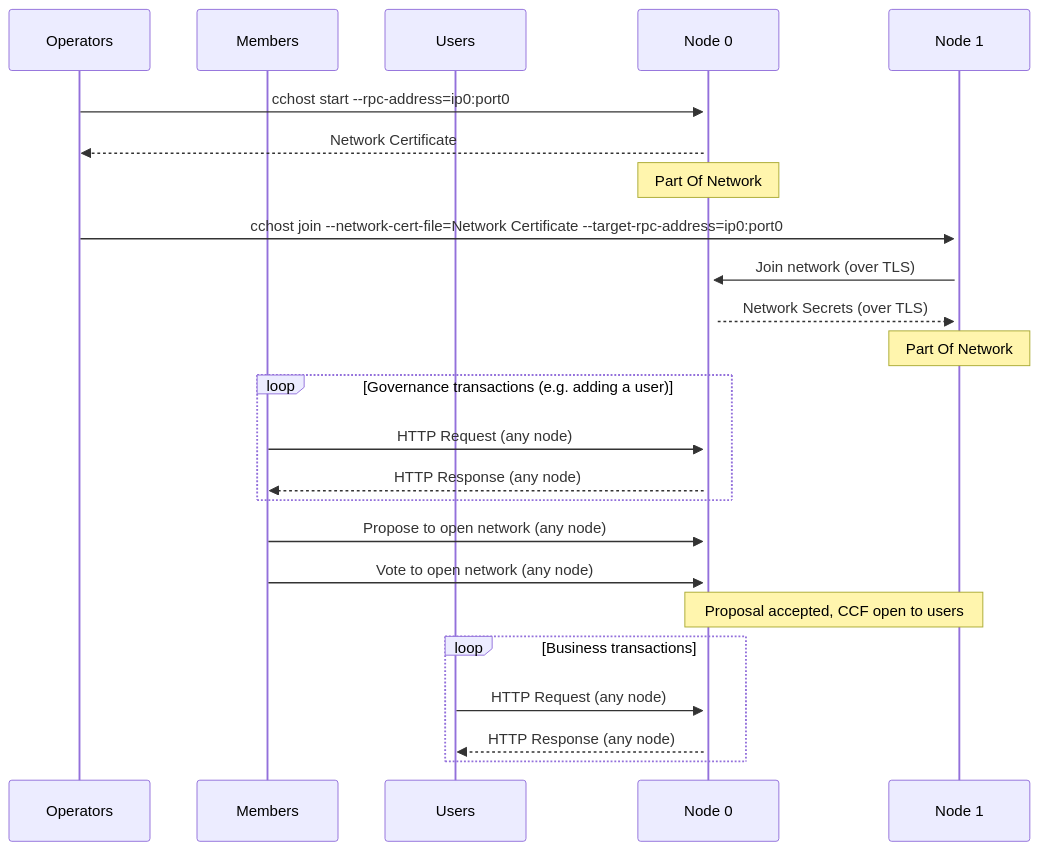
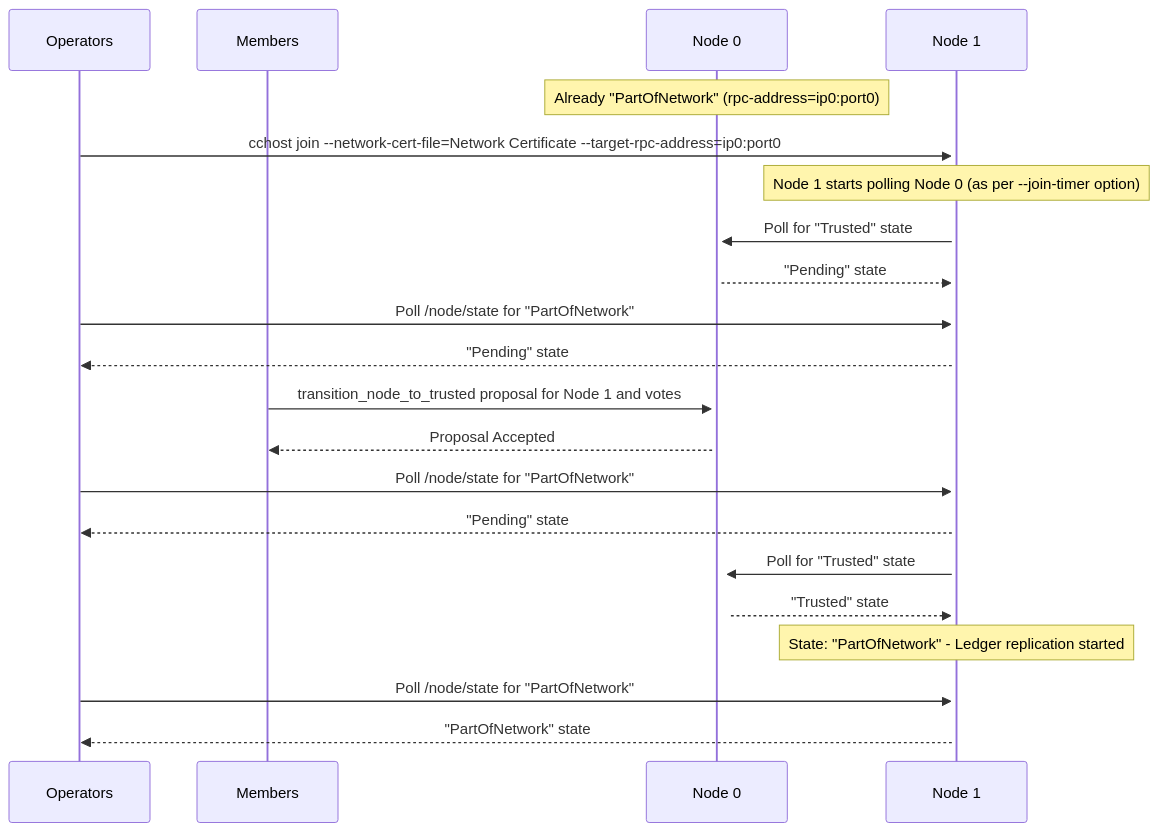
The diagram in doc/operations/start_network.rst (microsoft/CCF), drawn with Mermaid before and after one commit. The commit also changed other lines of this file and 2 other files, not shown here.

Commit message:
Better operator docs

```diff
--- a/doc/operations/start_network.rst
+++ b/doc/operations/start_network.rst
@@ -155,34 +86,32 @@
 .. mermaid::
 
     sequenceDiagram
         participant Operators
         participant Members
-        participant Users
         participant Node 0
         participant Node 1
 
-        Operators->>+Node 0: cchost start --rpc-address=ip0:port0
-        Node 0-->>Operators: Network Certificate
-        Note over Node 0: Part Of Network
+        Note over Node 0: Already "PartOfNetwork" (rpc-address=ip0:port0)
 
         Operators->>+Node 1: cchost join --network-cert-file=Network Certificate --target-rpc-address=ip0:port0
 
-        Node 1->>+Node 0: Join network (over TLS)
-        Node 0-->>Node 1: Network Secrets (over TLS)
+        Note over Node 1: Node 1 starts polling Node 0 (as per --join-timer option)
+        Node 1->>+Node 0: Poll for "Trusted" state
+        Node 0-->>Node 1: "Pending" state
 
-        Note over Node 1: Part Of Network
+        Operators->>+Node 1: Poll /node/state for "PartOfNetwork"
+        Node 1-->>Operators: "Pending" state
 
-        loop Governance transactions (e.g. adding a user)
-            Members->>+Node 0: HTTP Request (any node)
-            Node 0-->>Members: HTTP Response (any node)
-        end
+        Members->>+Node 0: transition_node_to_trusted proposal for Node 1 and votes
+        Node 0-->>Members: Proposal Accepted
 
-        Members->>+Node 0: Propose to open network (any node)
-        Members->>+Node 0: Vote to open network (any node)
-        Note over Node 0, Node 1: Proposal accepted, CCF open to users
+        Operators->>+Node 1: Poll /node/state for "PartOfNetwork"
+        Node 1-->>Operators: "Pending" state
 
+        Node 1->>+Node 0: Poll for "Trusted" state
+        Node 0-->>Node 1: "Trusted" state
 
-        loop Business transactions
-            Users->>+Node 0: HTTP Request (any node)
-            Node 0-->>Users: HTTP Response (any node)
-        end
+        Note over Node 1: State: "PartOfNetwork" - Ledger replication started
+
+        Operators->>+Node 1: Poll /node/state for "PartOfNetwork"
+        Node 1-->>Operators: "PartOfNetwork" state
```
